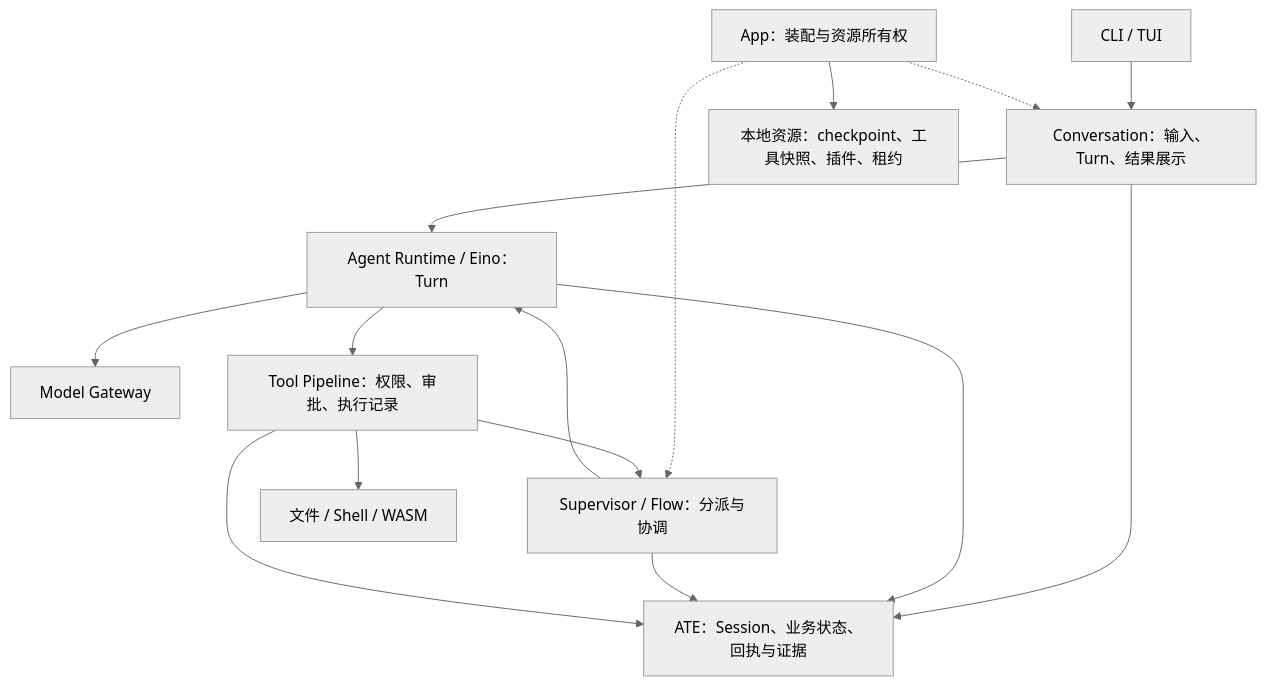
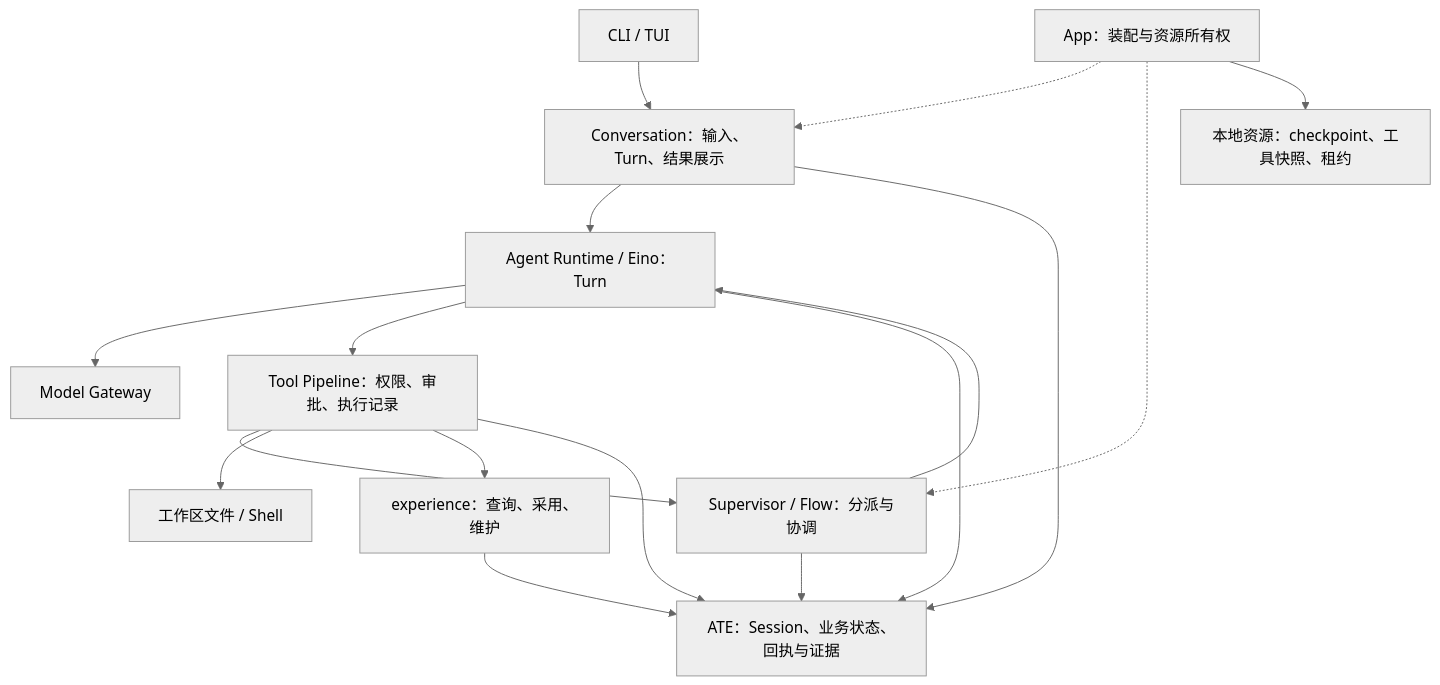
The diagram in ARCHITECTURE.md (vkviyu/Go-Self-Evolving-Agent), drawn with Mermaid (neutral theme) before and after one commit. The commit also changed other lines of this file and 218 other files, not shown here.

````diff
--- a/ARCHITECTURE.md
+++ b/ARCHITECTURE.md
@@ -20,17 +20,19 @@
 ```mermaid
 flowchart TD
     UI["CLI / TUI"] --> C["Conversation：输入、Turn、结果展示"]
     APP["App：装配与资源所有权"] -.-> C
     APP -.-> S["Supervisor / Flow：分派与协调"]
     C --> R["Agent Runtime / Eino：Turn"]
     S --> R
     R --> M["Model Gateway"]
     R --> T["Tool Pipeline：权限、审批、执行记录"]
     T --> S
-    T --> W["文件 / Shell / WASM"]
+    T --> W["工作区文件 / Shell"]
+    T --> E["experience：查询、采用、维护"]
+    E --> A
     C --> A["ATE：Session、业务状态、回执与证据"]
     R --> A
     S --> A
     T --> A
-    APP --> L["本地资源：checkpoint、工具快照、插件、租约"]
+    APP --> L["本地资源：checkpoint、工具快照、租约"]
 ```
````
